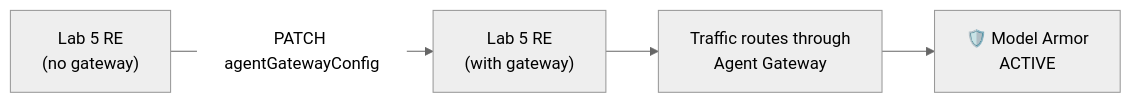
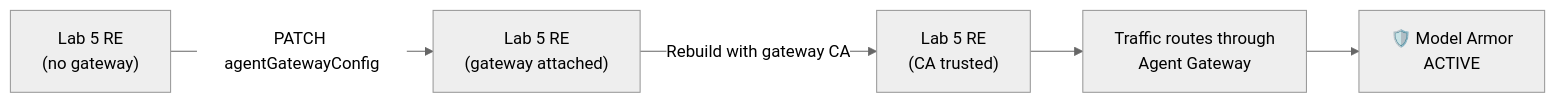
The second of 3 diagrams in README.md (GCP-Architecture-Guides/l400-agw-foundation), drawn with Mermaid (neutral theme) before and after one commit. The commit also changed other lines of this file, not shown here.

First line of the commit message:
docs: Task 3 PATCH+Rebuild flow, weighted point values, Quick Check tests

````diff
--- a/README.md
+++ b/README.md
@@ -503,6 +503,7 @@
 ```mermaid
 graph LR
-    A["Lab 5 RE<br/>(no gateway)"] -->|"PATCH agentGatewayConfig"| B["Lab 5 RE<br/>(with gateway)"]
-    B --> C["Traffic routes through<br/>Agent Gateway"]
-    C --> D["🛡️ Model Armor<br/>ACTIVE"]
+    A["Lab 5 RE<br/>(no gateway)"] -->|"PATCH agentGatewayConfig"| B["Lab 5 RE<br/>(gateway attached)"]
+    B -->|"Rebuild with gateway CA"| C["Lab 5 RE<br/>(CA trusted)"]
+    C --> D["Traffic routes through<br/>Agent Gateway"]
+    D --> E["🛡️ Model Armor<br/>ACTIVE"]
 ```
````
